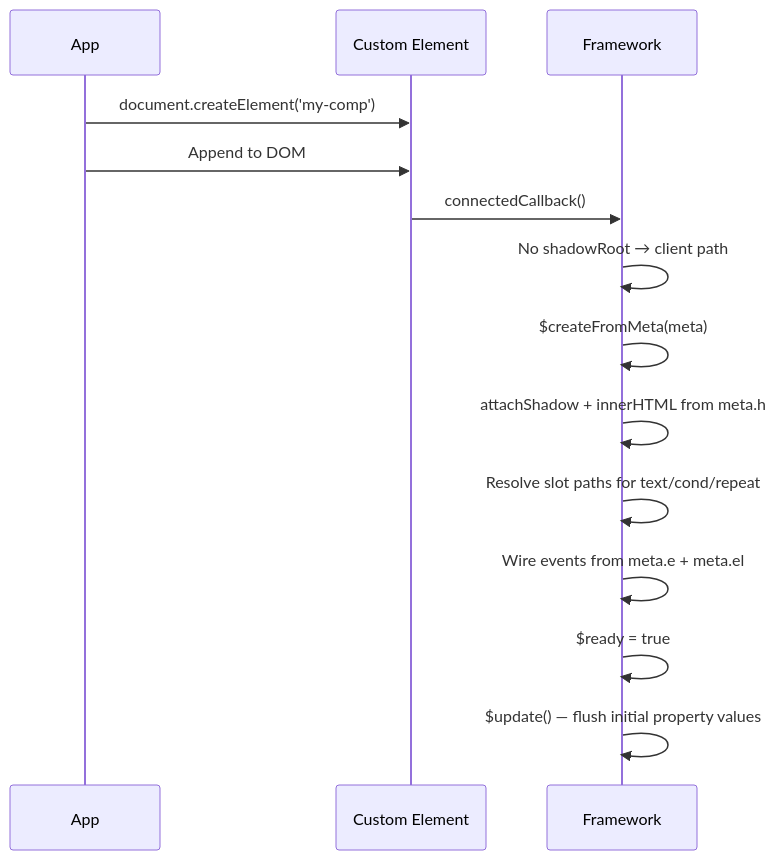
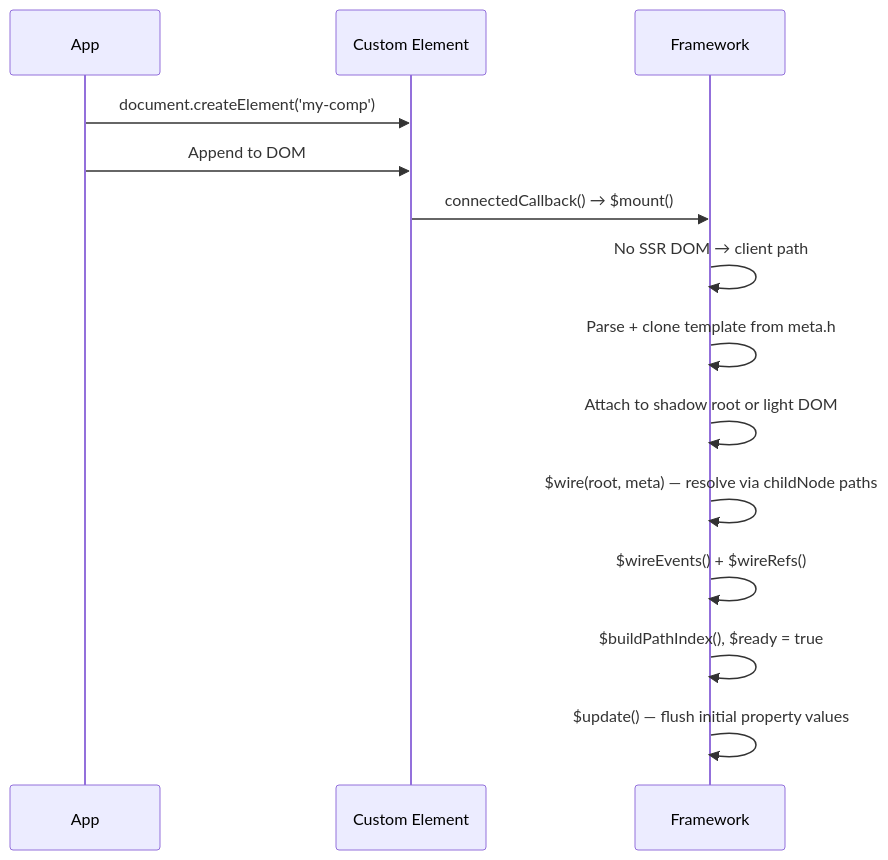
The fourth of 7 diagrams in packages/webui-framework/README.md (microsoft/webui), drawn with Mermaid before and after one commit. The commit also changed other lines of this file and 94 other files, not shown here.

````diff
--- a/packages/webui-framework/README.md
+++ b/packages/webui-framework/README.md
@@ -408,17 +410,17 @@
 ```mermaid
 sequenceDiagram
     participant App
     participant CE as Custom Element
     participant FW as Framework
 
     App->>CE: document.createElement('my-comp')
     App->>CE: Append to DOM
-    CE->>FW: connectedCallback()
-    FW->>FW: No shadowRoot → client path
-    FW->>FW: $createFromMeta(meta)
-    FW->>FW: attachShadow + innerHTML from meta.h
-    FW->>FW: Resolve slot paths for text/cond/repeat
-    FW->>FW: Wire events from meta.e + meta.el
-    FW->>FW: $ready = true
+    CE->>FW: connectedCallback() → $mount()
+    FW->>FW: No SSR DOM → client path
+    FW->>FW: Parse + clone template from meta.h
+    FW->>FW: Attach to shadow root or light DOM
+    FW->>FW: $wire(root, meta) — resolve via childNode paths
+    FW->>FW: $wireEvents() + $wireRefs()
+    FW->>FW: $buildPathIndex(), $ready = true
     FW->>FW: $update() — flush initial property values
 ```
````
